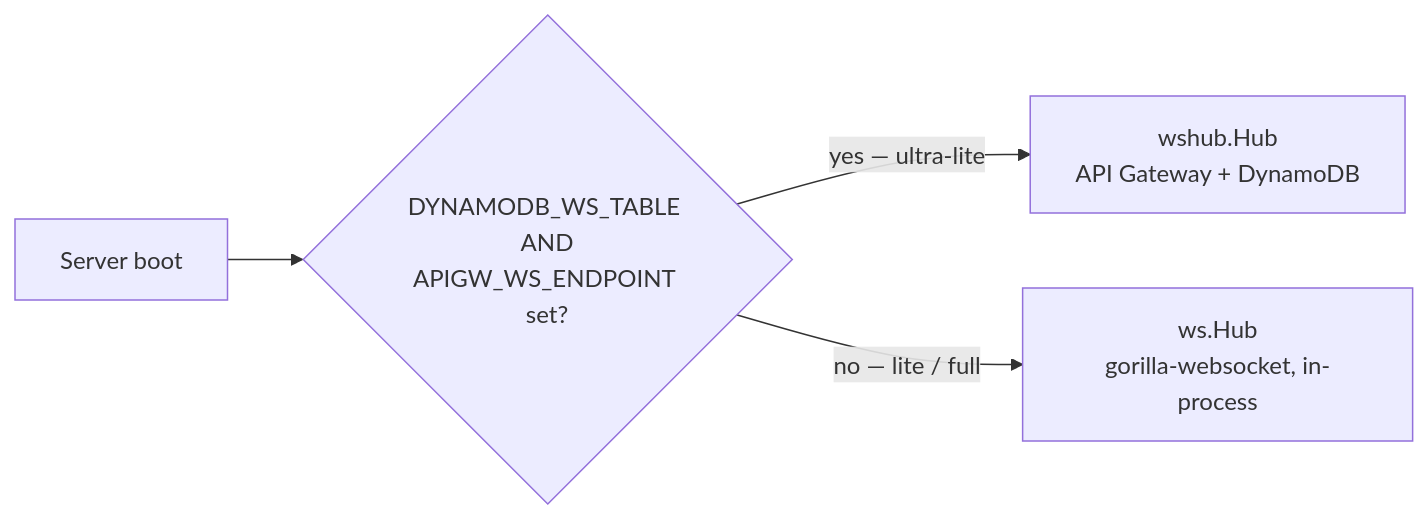
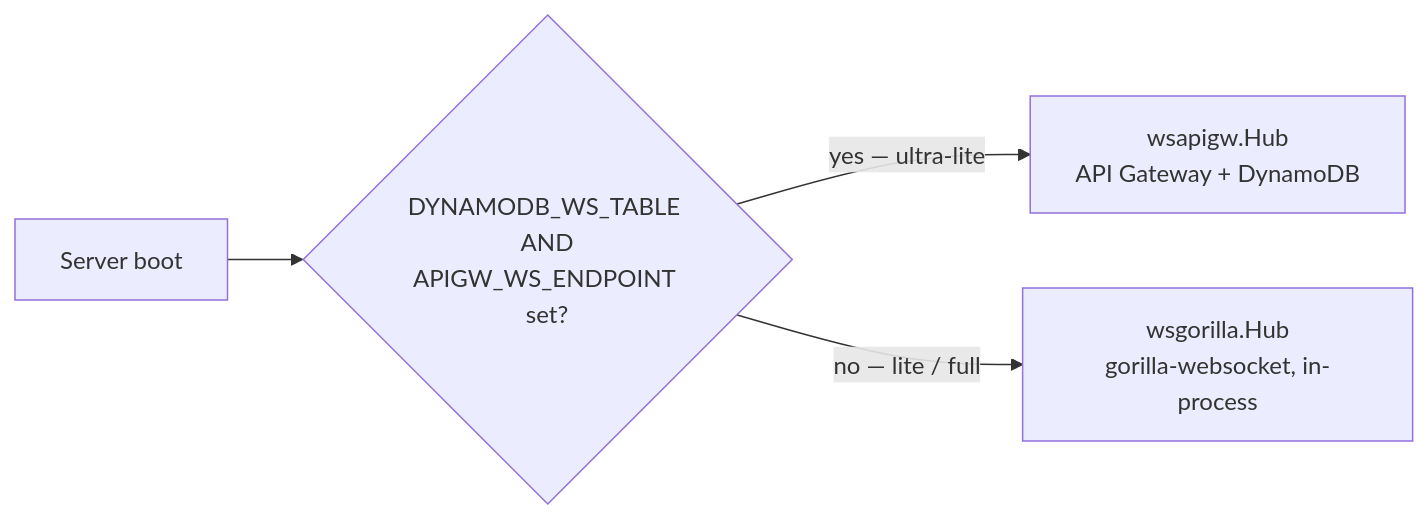
One commit to jwhigham93/Globify changed the fifth of 6 diagrams in ENGINEERING_NOTES.md. Above: the diagram before and after it, drawn with Mermaid. The commit also changed other lines of this file and 11 other files, not shown here.

First line of the commit message:
refactor(supply-chain-api): rename ws/wshub packages to wsgorilla/wsapigw

````diff
--- a/ENGINEERING_NOTES.md
+++ b/ENGINEERING_NOTES.md
@@ -223,6 +223,6 @@
 ```mermaid
 flowchart LR
     Boot["Server boot"] --> Check{"DYNAMODB_WS_TABLE AND<br/>APIGW_WS_ENDPOINT set?"}
-    Check -->|yes — ultra-lite| DDB["wshub.Hub<br/>API Gateway + DynamoDB"]
-    Check -->|no — lite / full| Gorilla["ws.Hub<br/>gorilla-websocket, in-process"]
+    Check -->|yes — ultra-lite| DDB["wsapigw.Hub<br/>API Gateway + DynamoDB"]
+    Check -->|no — lite / full| Gorilla["wsgorilla.Hub<br/>gorilla-websocket, in-process"]
 ```
````
